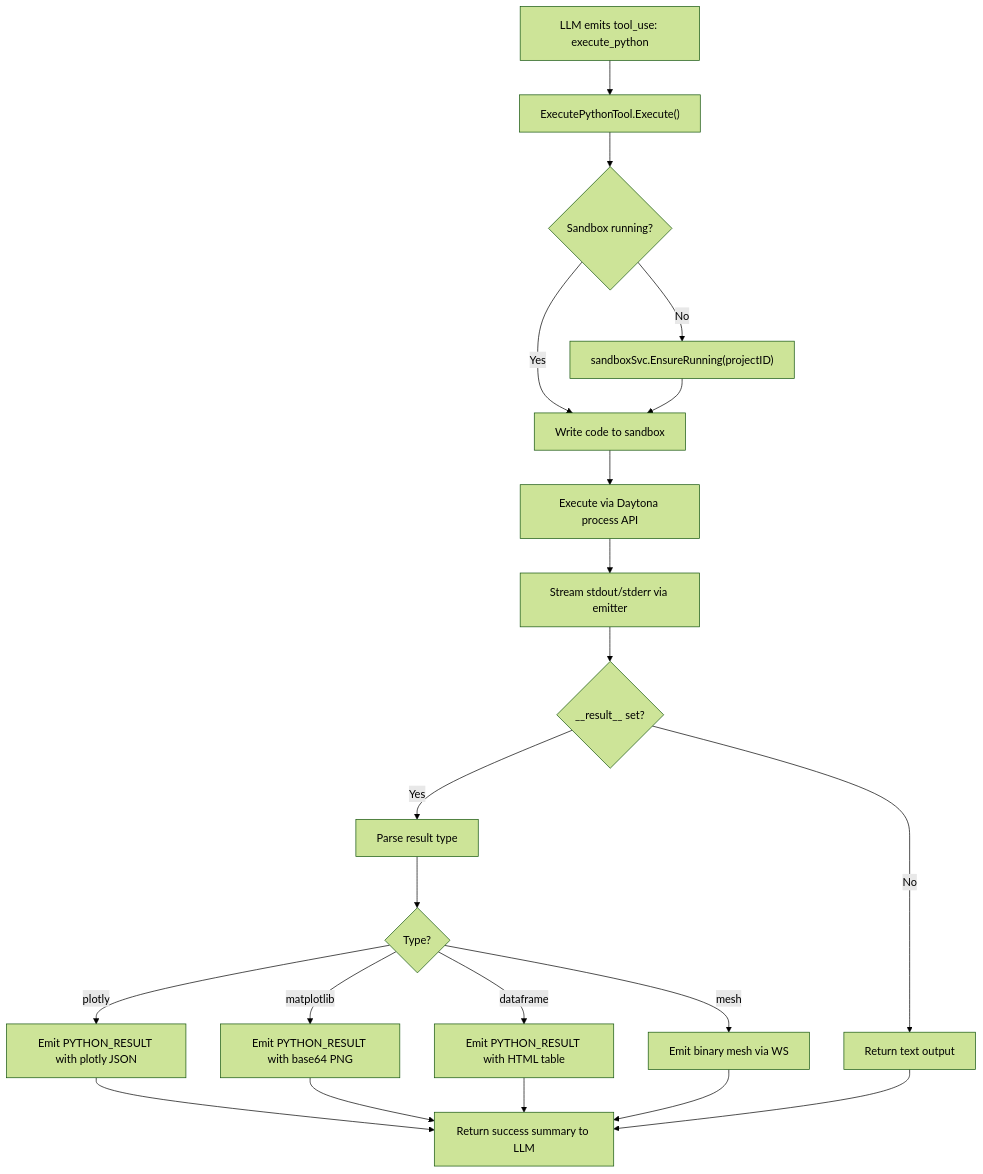
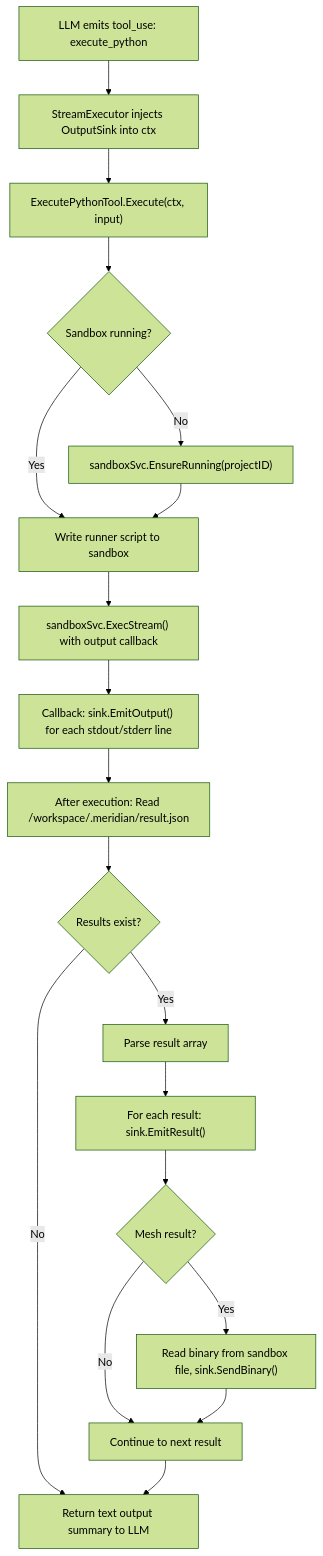
One commit to haowjy/meridian-flow changed the diagram in .meridian/work/biomedical-mvp/design/backend/execute-python.md. Above: the diagram before and after it, drawn with Mermaid (forest theme). The commit also changed other lines of this file and 18 other files, not shown here.

````diff
--- a/.meridian/work/biomedical-mvp/design/backend/execute-python.md
+++ b/.meridian/work/biomedical-mvp/design/backend/execute-python.md
@@ -50,20 +102,21 @@
 ```mermaid
 flowchart TD
-    A["LLM emits tool_use: execute_python"] --> B["ExecutePythonTool.Execute()"]
-    B --> C{"Sandbox running?"}
-    C -->|No| D["sandboxSvc.EnsureRunning(projectID)"]
-    C -->|Yes| E["Write code to sandbox"]
-    D --> E
-    E --> F["Execute via Daytona process API"]
-    F --> G["Stream stdout/stderr via emitter"]
-    G --> H{"__result__ set?"}
-    H -->|Yes| I["Parse result type"]
-    H -->|No| J["Return text output"]
-    I --> K{"Type?"}
-    K -->|plotly| L["Emit PYTHON_RESULT with plotly JSON"]
-    K -->|matplotlib| M["Emit PYTHON_RESULT with base64 PNG"]
-    K -->|dataframe| N["Emit PYTHON_RESULT with HTML table"]
-    K -->|mesh| O["Emit binary mesh via WS"]
-    L & M & N & O --> P["Return success summary to LLM"]
-    J --> P
+    A["LLM emits tool_use: execute_python"] --> B["StreamExecutor injects OutputSink into ctx"]
+    B --> C["ExecutePythonTool.Execute(ctx, input)"]
+    C --> D{"Sandbox running?"}
+    D -->|No| E["sandboxSvc.EnsureRunning(projectID)"]
+    D -->|Yes| F["Write runner script to sandbox"]
+    E --> F
+    F --> G["sandboxSvc.ExecStream() with output callback"]
+    G --> H["Callback: sink.EmitOutput() for each stdout/stderr line"]
+    H --> I["After execution: Read /workspace/.meridian/result.json"]
+    I --> J{"Results exist?"}
+    J -->|No| K["Return text output summary to LLM"]
+    J -->|Yes| L["Parse result array"]
+    L --> M["For each result: sink.EmitResult()"]
+    M --> N{"Mesh result?"}
+    N -->|Yes| O["Read binary from sandbox file, sink.SendBinary()"]
+    N -->|No| P["Continue to next result"]
+    O --> P
+    P --> K
 ```
````
